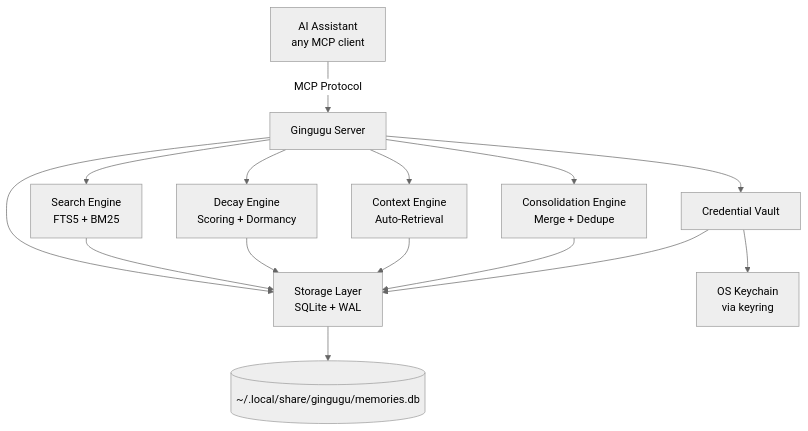
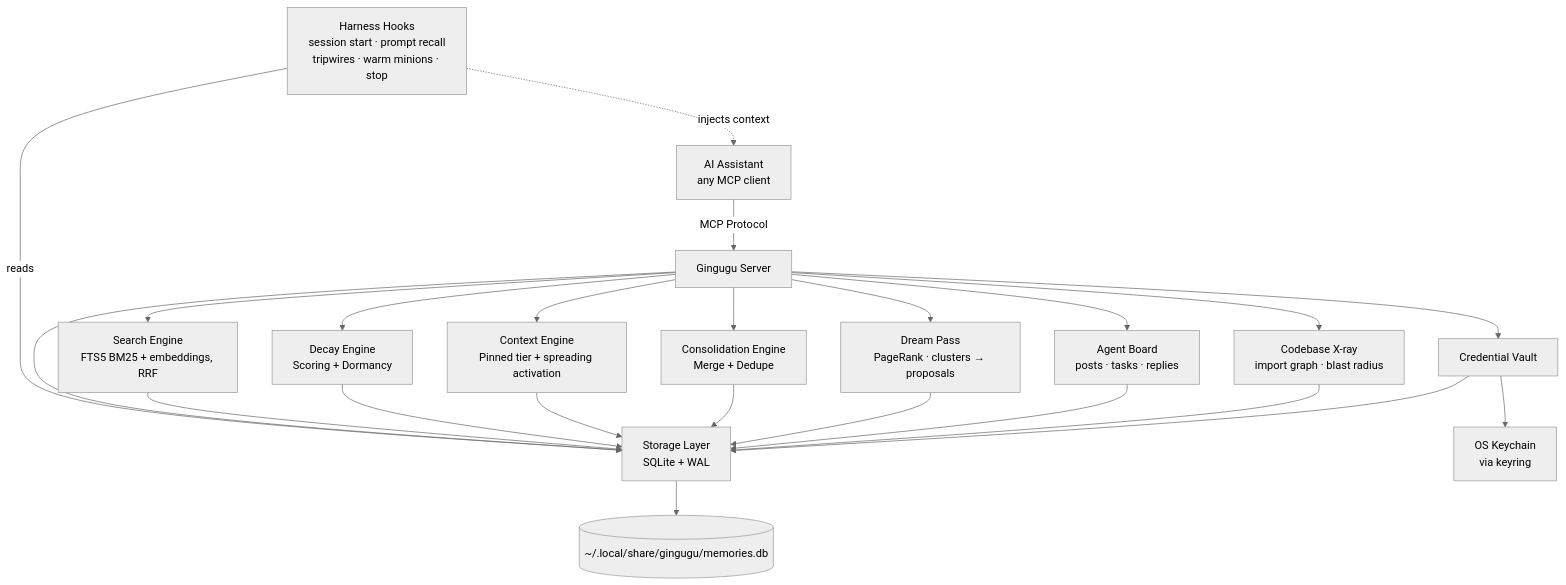
Before and after one commit to gingugu/gingugu: the diagram in README.md, drawn with Mermaid (neutral theme). The commit also changed other lines of this file and 2 other files, not shown here.

````diff
--- a/README.md
+++ b/README.md
@@ -213,17 +251,25 @@
 ```mermaid
 graph TD
     A[AI Assistant<br/>any MCP client] -->|MCP Protocol| B[Gingugu Server]
-    B --> C[Search Engine<br/>FTS5 + BM25]
+    HK[Harness Hooks<br/>session start · prompt recall<br/>tripwires · warm minions · stop] -->|reads| D
+    HK -.->|injects context| A
+    B --> C[Search Engine<br/>FTS5 BM25 + embeddings, RRF]
     B --> D[Storage Layer<br/>SQLite + WAL]
     B --> E[Decay Engine<br/>Scoring + Dormancy]
-    B --> F[Context Engine<br/>Auto-Retrieval]
+    B --> F[Context Engine<br/>Pinned tier + spreading activation]
     B --> H[Consolidation Engine<br/>Merge + Dedupe]
+    B --> L[Dream Pass<br/>PageRank · clusters → proposals]
+    B --> M[Agent Board<br/>posts · tasks · replies]
+    B --> X[Codebase X-ray<br/>import graph · blast radius]
     B --> K[Credential Vault]
     C --> D
     E --> D
     F --> D
     H --> D
+    L --> D
+    M --> D
+    X --> D
     K --> D
     K --> J[OS Keychain<br/>via keyring]
     D --> G[(~/.local/share/gingugu/memories.db)]
 ```
````
